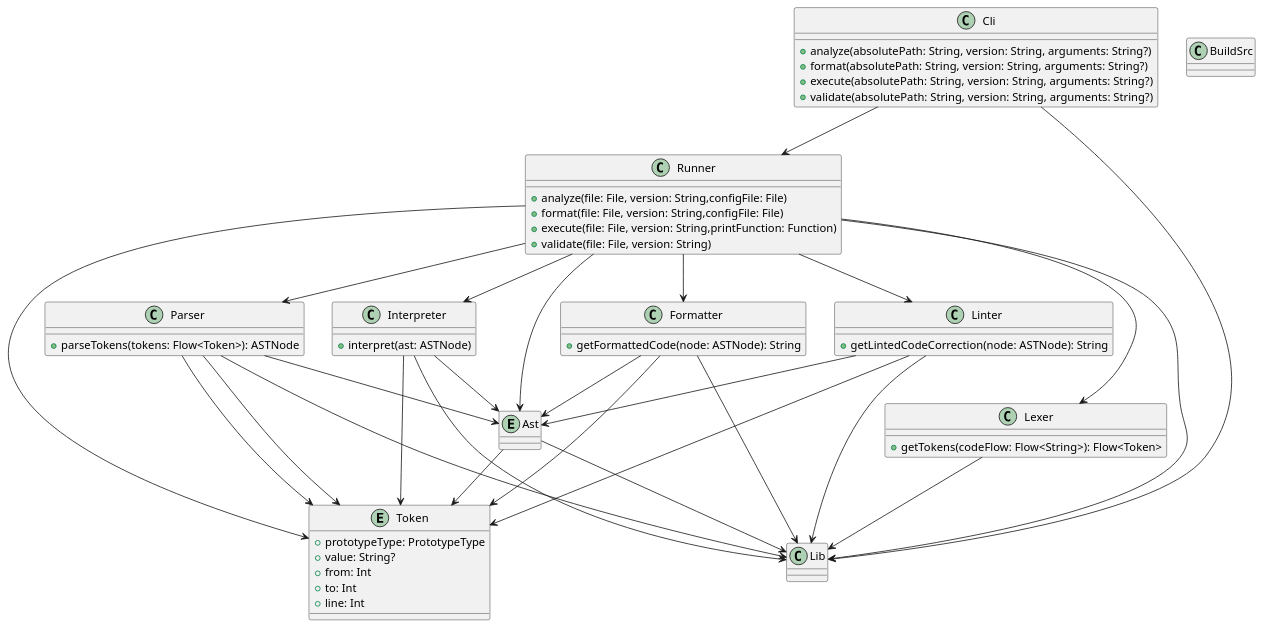
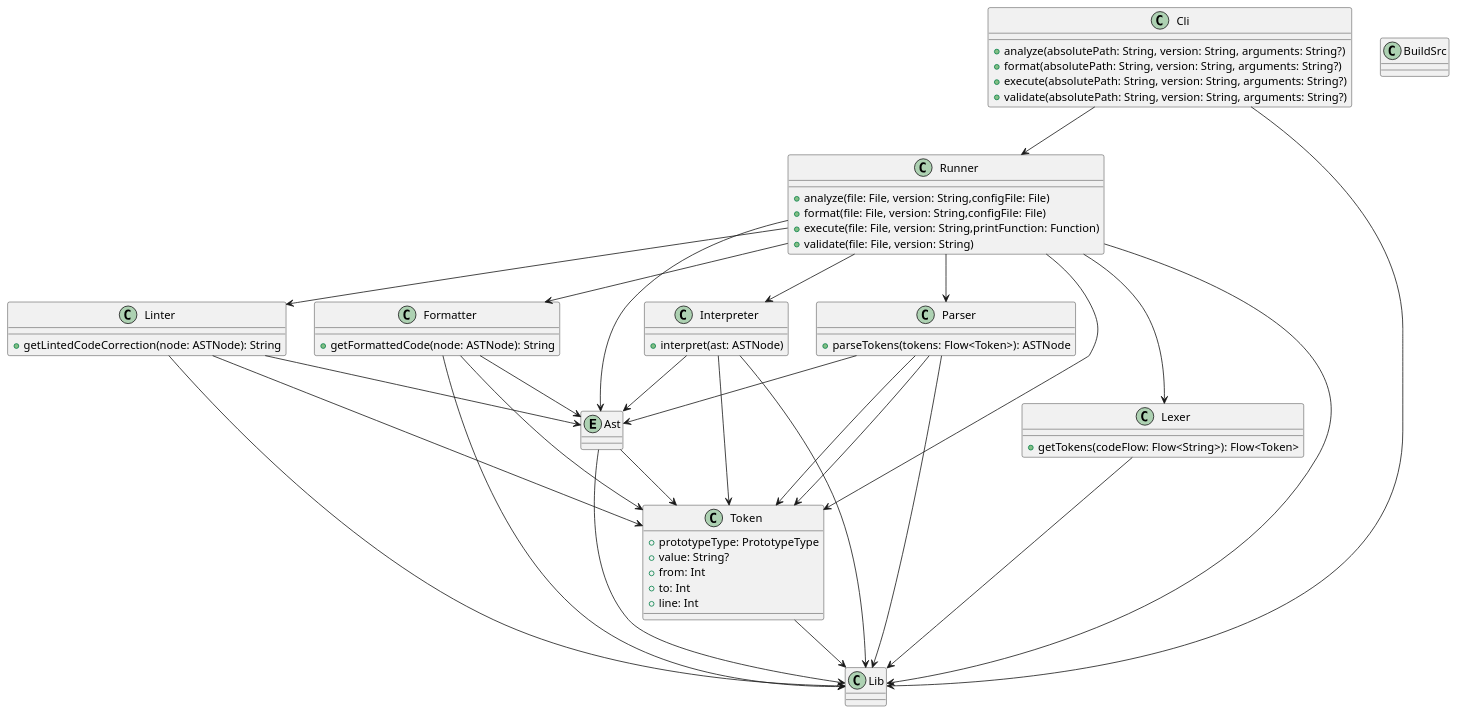
Before and after one commit to Nachoferra1894/printscript: the diagram in printscript.puml, drawn with PlantUML. The commit also changed 29 other files, not shown here.

```diff
--- a/printscript.puml
+++ b/printscript.puml
@@ -1,84 +1,85 @@
 @startuml
-entity Token {
+class Token {
     + prototypeType: PrototypeType
     + value: String?
     + from: Int
     + to: Int
     + line: Int
 }
+Token --> Lib
 entity Ast {}
 
 Ast --> Lib
 Ast --> Token
 
 class Parser {
     + parseTokens(tokens: Flow<Token>): ASTNode
 }
 
 Parser --> Lib
 Parser --> Ast
 Parser --> Token
 
 class Lexer {
     + getTokens(codeFlow: Flow<String>): Flow<Token>
 }
 
 Lexer --> Lib
 Parser --> Token
 
 class Interpreter {
     + interpret(ast: ASTNode)
 }
 
 Interpreter --> Lib
 Interpreter --> Ast
 Interpreter --> Token
 
 class Formatter {
     + getFormattedCode(node: ASTNode): String
 }
 
 Formatter --> Lib
 Formatter --> Ast
 Formatter --> Token
 
 class Runner {
     + analyze(file: File, version: String,configFile: File)
     + format(file: File, version: String,configFile: File)
     + execute(file: File, version: String,printFunction: Function)
     + validate(file: File, version: String)
 }
 
 Runner --> Lib
 Runner --> Ast
 Runner --> Token
 Runner --> Parser
 Runner --> Lexer
 Runner --> Interpreter
 Runner --> Formatter
 Runner --> Linter
 
 class Cli {
     + analyze(absolutePath: String, version: String, arguments: String?)
     + format(absolutePath: String, version: String, arguments: String?)
     + execute(absolutePath: String, version: String, arguments: String?)
     + validate(absolutePath: String, version: String, arguments: String?)
 }
 
 Cli --> Runner
 Cli --> Lib
 
 class BuildSrc {
 }
 
 class Linter {
     +  getLintedCodeCorrection(node: ASTNode): String
 }
 
 Linter --> Lib
 Linter --> Ast
 Linter --> Token
 
 
 
 @enduml
```
